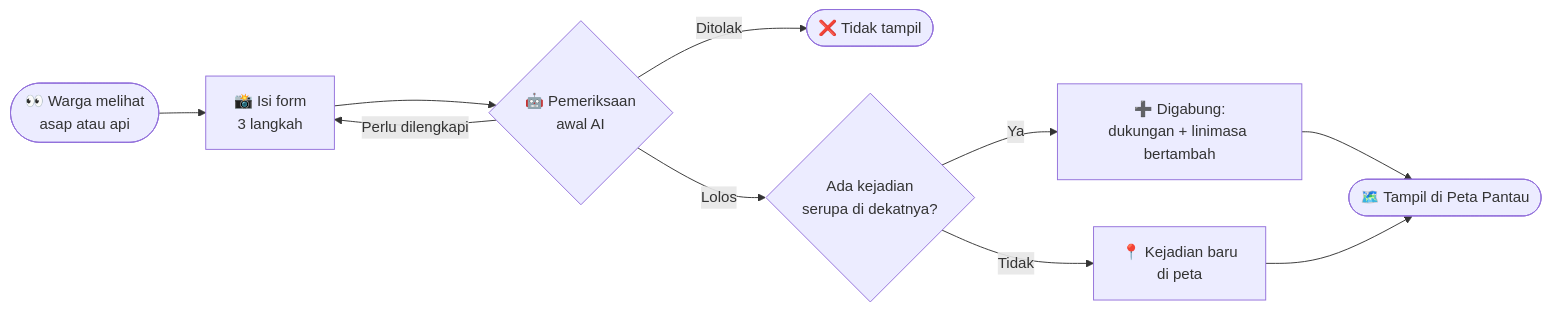
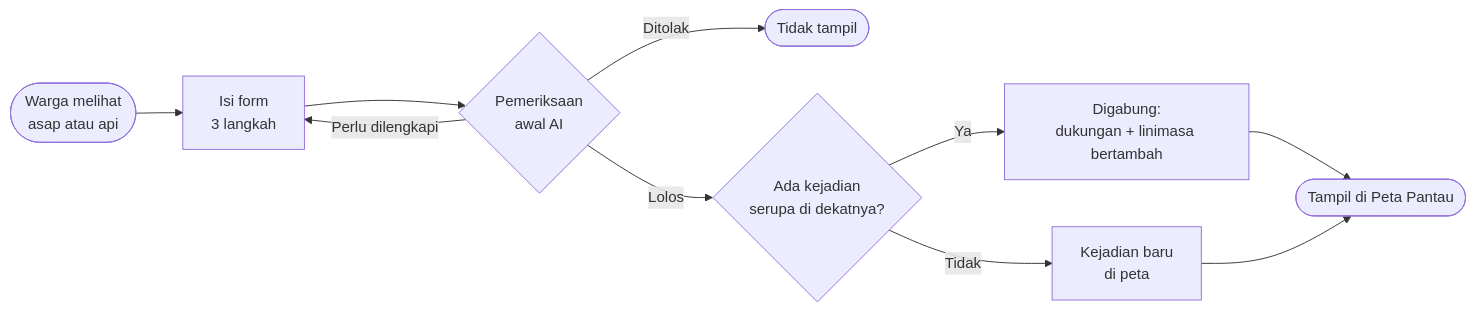
Before and after one commit to hanchyp/superpowers_UNS_WebDesignTechnoversary_vol_II: the first of 2 diagrams in README.md, drawn with Mermaid. The commit also changed other lines of this file, not shown here.

````diff
--- a/README.md
+++ b/README.md
@@ -114,12 +114,12 @@
 ```mermaid
 flowchart LR
-    A([👀 Warga melihat<br/>asap atau api]) --> B[📸 Isi form<br/>3 langkah]
-    B --> C{🤖 Pemeriksaan<br/>awal AI}
+    A([Warga melihat<br/>asap atau api]) --> B[Isi form<br/>3 langkah]
+    B --> C{Pemeriksaan<br/>awal AI}
     C -- Perlu dilengkapi --> B
-    C -- Ditolak --> X([❌ Tidak tampil])
+    C -- Ditolak --> X([Tidak tampil])
     C -- Lolos --> D{Ada kejadian<br/>serupa di dekatnya?}
-    D -- Ya --> E[➕ Digabung:<br/>dukungan + linimasa bertambah]
-    D -- Tidak --> F[📍 Kejadian baru<br/>di peta]
-    E --> G([🗺️ Tampil di Peta Pantau])
+    D -- Ya --> E[Digabung:<br/>dukungan + linimasa bertambah]
+    D -- Tidak --> F[Kejadian baru<br/>di peta]
+    E --> G([Tampil di Peta Pantau])
     F --> G
 ```
````
